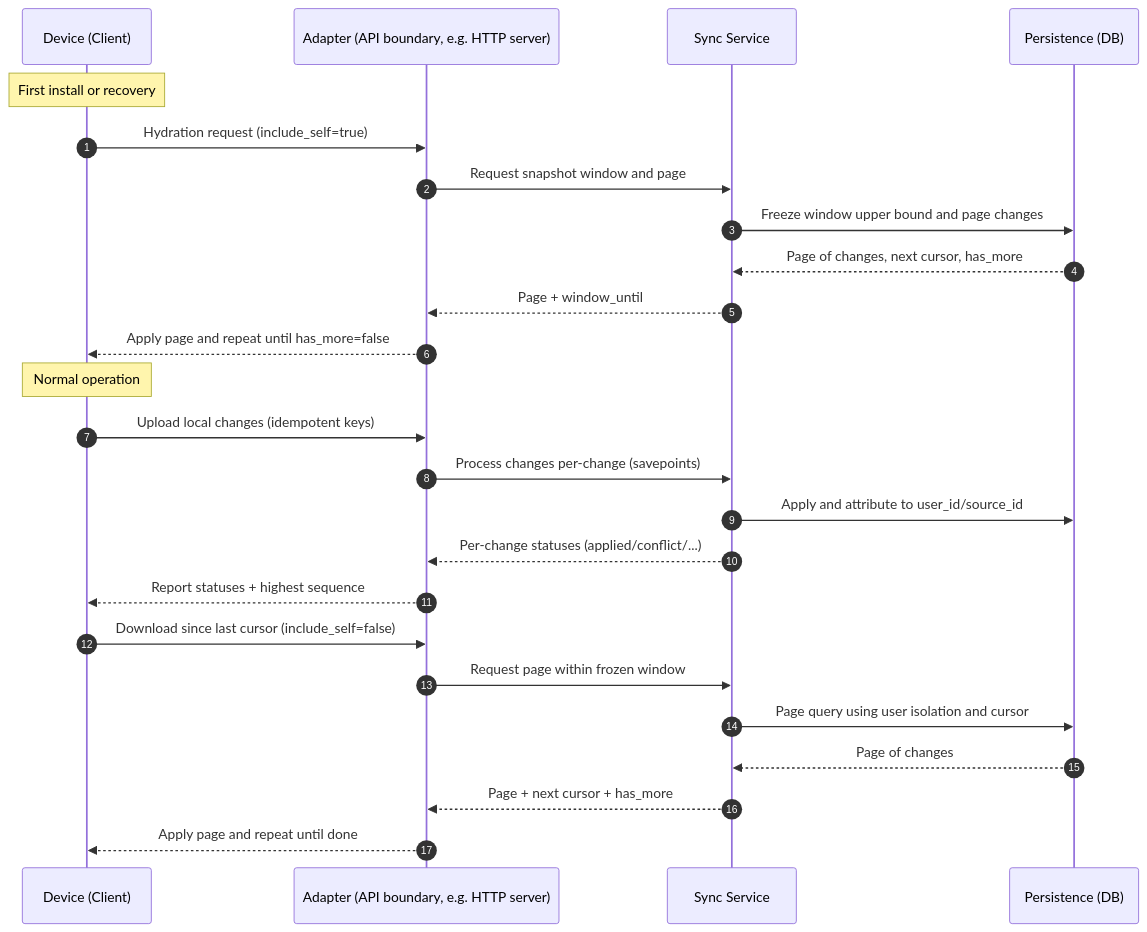
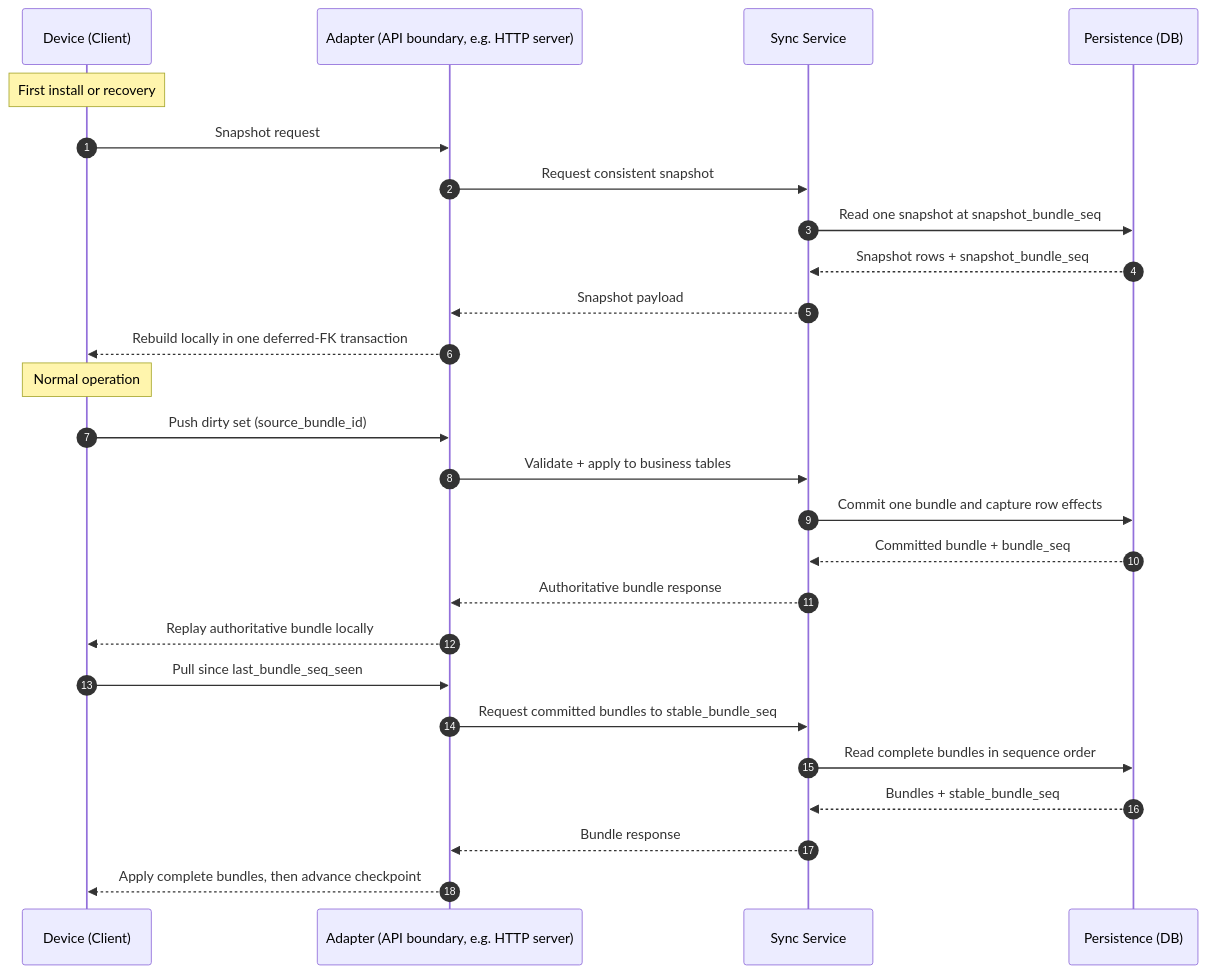
The diagram in docs/documentation/core-concepts.md (mobiletoly/go-oversync), drawn with Mermaid before and after one commit. The commit also changed other lines of this file and 160 other files, not shown here.

Commit message:
Redesign backend sync architecture

````diff
--- a/docs/documentation/core-concepts.md
+++ b/docs/documentation/core-concepts.md
@@ -90,30 +90,31 @@
 ```mermaid
 sequenceDiagram
   autonumber
   participant D as Device (Client)
   participant A as Adapter (API boundary, e.g. HTTP server)
   participant S as Sync Service
   participant P as Persistence (DB)
 
   Note over D: First install or recovery
-  D->>A: Hydration request (include_self=true)
-  A->>S: Request snapshot window and page
-  S->>P: Freeze window upper bound and page changes
-  P-->>S: Page of changes, next cursor, has_more
-  S-->>A: Page + window_until
-  A-->>D: Apply page and repeat until has_more=false
+  D->>A: Snapshot request
+  A->>S: Request consistent snapshot
+  S->>P: Read one snapshot at snapshot_bundle_seq
+  P-->>S: Snapshot rows + snapshot_bundle_seq
+  S-->>A: Snapshot payload
+  A-->>D: Rebuild locally in one deferred-FK transaction
 
   Note over D: Normal operation
-  D->>A: Upload local changes (idempotent keys)
-  A->>S: Process changes per-change (savepoints)
-  S->>P: Apply and attribute to user_id/source_id
-  S-->>A: Per-change statuses (applied/conflict/...)
-  A-->>D: Report statuses + highest sequence
+  D->>A: Push dirty set (source_bundle_id)
+  A->>S: Validate + apply to business tables
+  S->>P: Commit one bundle and capture row effects
+  P-->>S: Committed bundle + bundle_seq
+  S-->>A: Authoritative bundle response
+  A-->>D: Replay authoritative bundle locally
 
-  D->>A: Download since last cursor (include_self=false)
-  A->>S: Request page within frozen window
-  S->>P: Page query using user isolation and cursor
-  P-->>S: Page of changes
-  S-->>A: Page + next cursor + has_more
-  A-->>D: Apply page and repeat until done
+  D->>A: Pull since last_bundle_seq_seen
+  A->>S: Request committed bundles to stable_bundle_seq
+  S->>P: Read complete bundles in sequence order
+  P-->>S: Bundles + stable_bundle_seq
+  S-->>A: Bundle response
+  A-->>D: Apply complete bundles, then advance checkpoint
 ```
````
